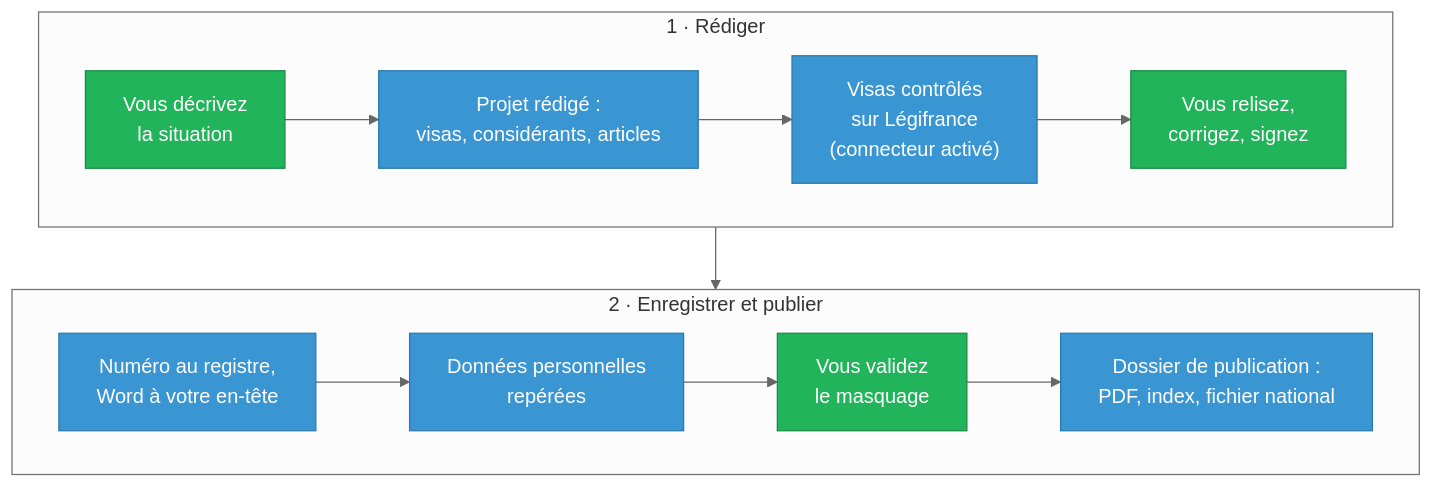
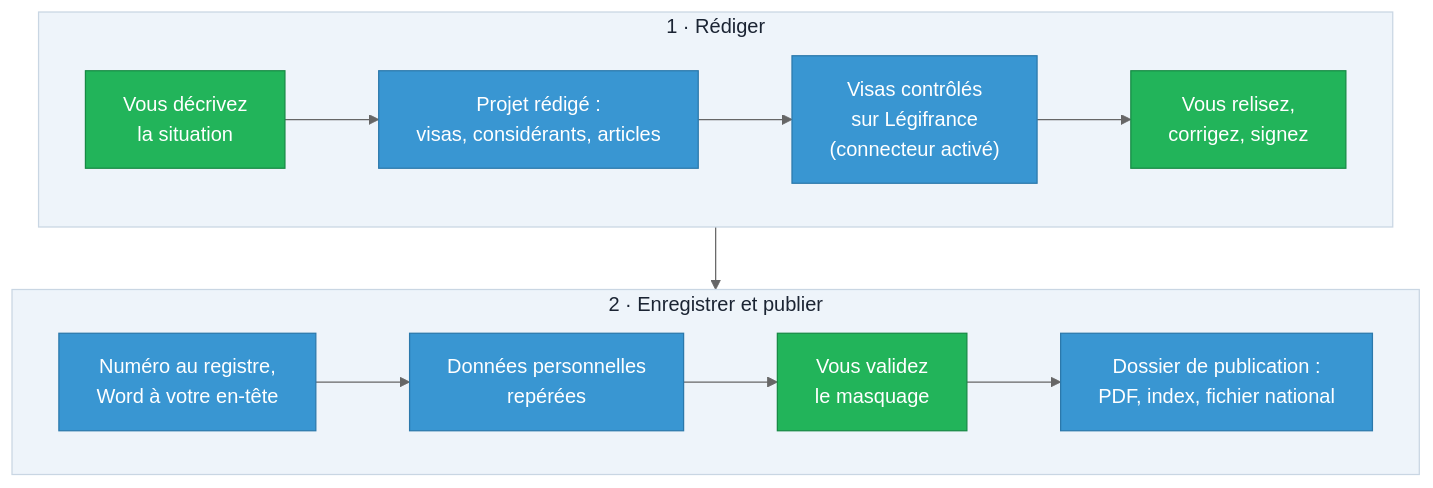
The first of 2 diagrams in README.md (didou92i/territoria), drawn with Mermaid (neutral theme) before and after one commit. The commit also changed other lines of this file, not shown here.

````diff
--- a/README.md
+++ b/README.md
@@ -69,18 +69,20 @@
 ```mermaid
 flowchart TB
     subgraph rediger["1 · Rédiger"]
         direction LR
         A["Vous décrivez<br>la situation"]:::agent --> B["Projet rédigé :<br>visas, considérants, articles"]:::logiciel
         B --> C["Visas contrôlés<br>sur Légifrance<br>(connecteur activé)"]:::logiciel
         C --> D["Vous relisez,<br>corrigez, signez"]:::agent
     end
     subgraph publier["2 · Enregistrer et publier"]
         direction LR
         E["Numéro au registre,<br>Word à votre en-tête"]:::logiciel --> F["Données personnelles<br>repérées"]:::logiciel
         F --> G["Vous validez<br>le masquage"]:::agent
         G --> H["Dossier de publication :<br>PDF, index, fichier national"]:::logiciel
     end
     rediger --> publier
     classDef logiciel fill:#3996d2,stroke:#2b78ab,color:#ffffff
     classDef agent fill:#22b45a,stroke:#178a45,color:#ffffff
+    style rediger fill:#eef4fa,stroke:#c9d6e3,color:#1b2433
+    style publier fill:#eef4fa,stroke:#c9d6e3,color:#1b2433
 ```
````
